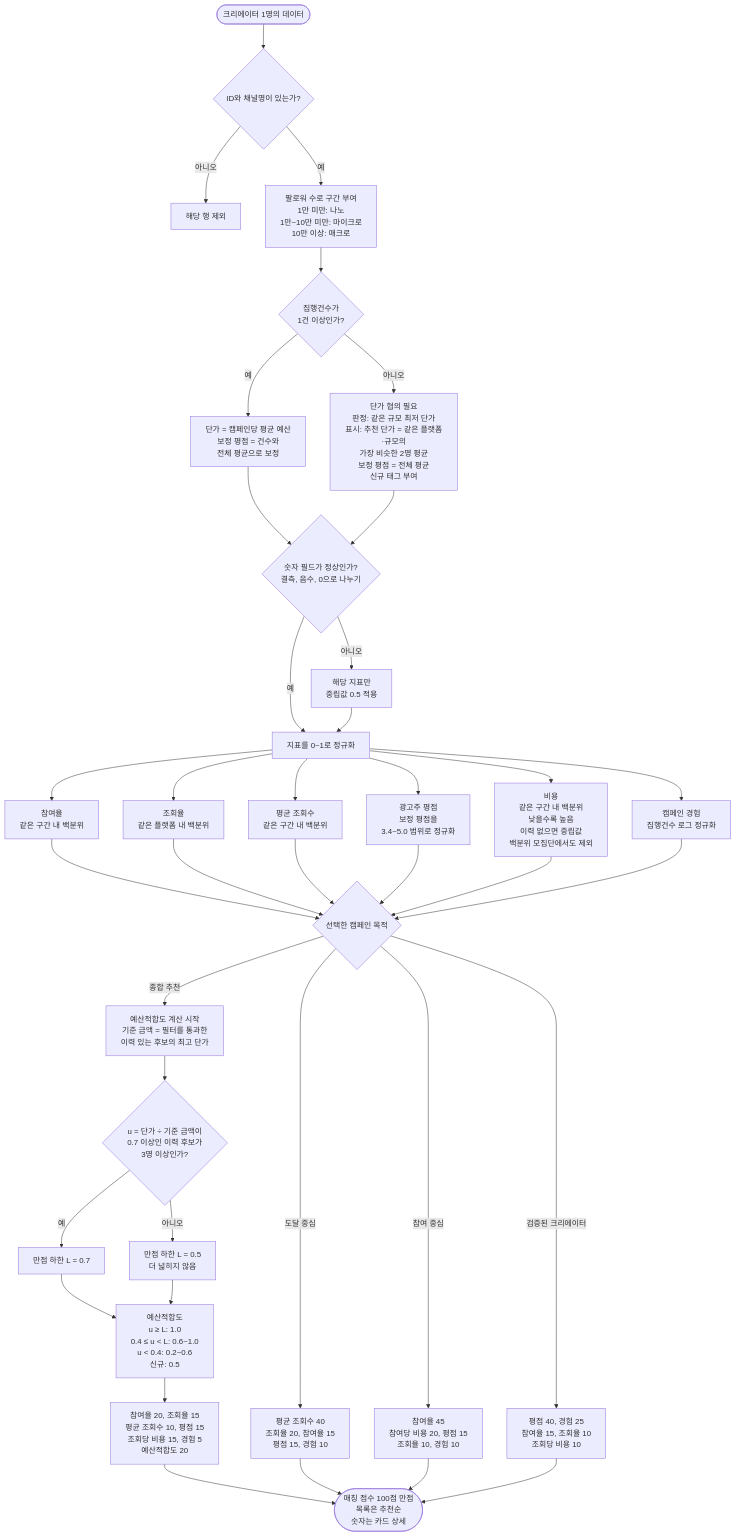
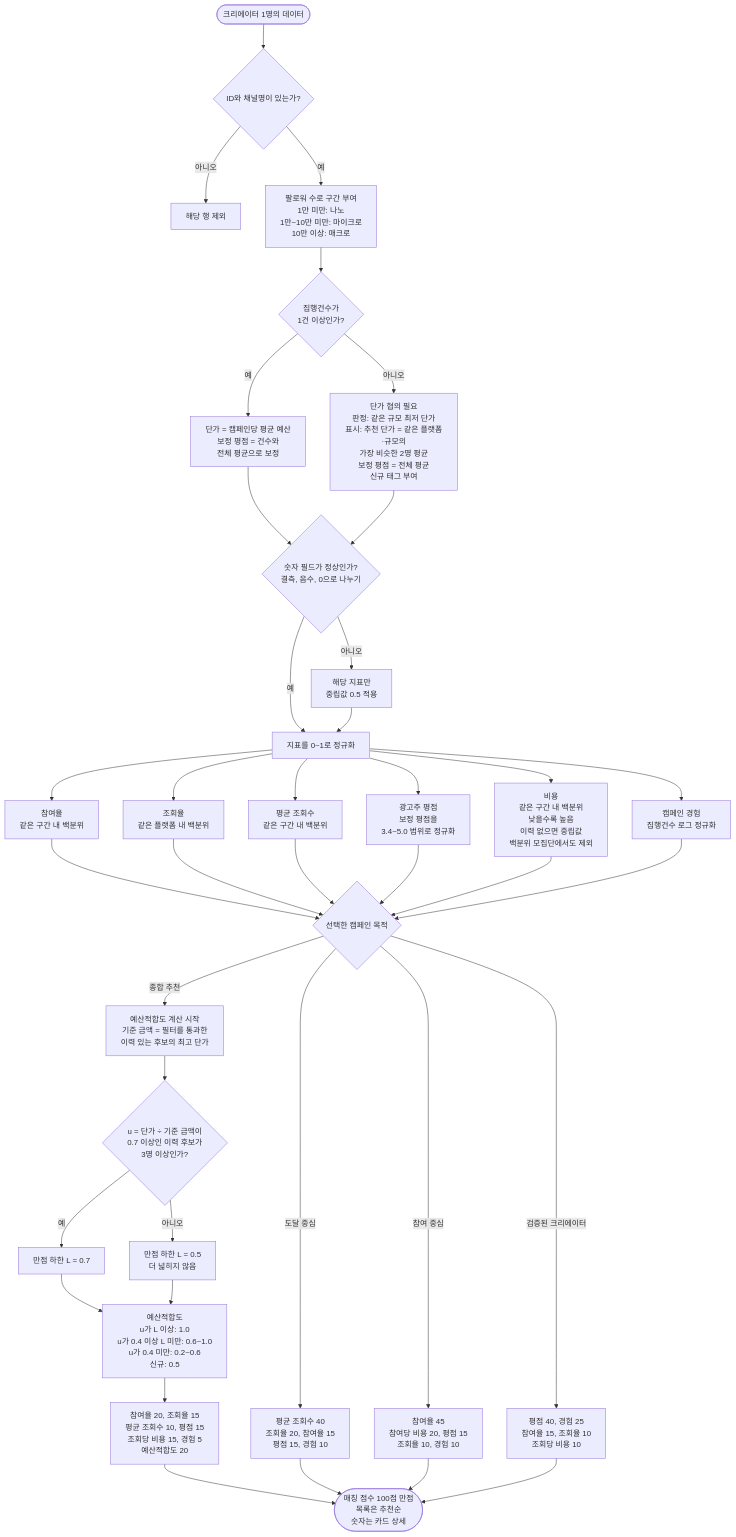
One commit to kimyyyjiii-jpg/creator-matching-prototype changed the second of 3 diagrams in flowchart.md. Above: the diagram before and after it, drawn with Mermaid. The commit also changed 6 other files, not shown here.

````diff
--- a/flowchart.md
+++ b/flowchart.md
@@ -64,47 +64,47 @@
 ```mermaid
 flowchart TD
     ROW([크리에이터 1명의 데이터]) --> IDCHK{ID와 채널명이 있는가?}
     IDCHK -- 아니오 --> DROP[해당 행 제외]
     IDCHK -- 예 --> TIER[팔로워 수로 구간 부여<br/>1만 미만: 나노<br/>1만~10만 미만: 마이크로<br/>10만 이상: 매크로]
 
     TIER --> HIST{집행건수가<br/>1건 이상인가?}
     HIST -- 예 --> REAL[단가 = 캠페인당 평균 예산<br/>보정 평점 = 건수와<br/>전체 평균으로 보정]
     HIST -- 아니오 --> EST[단가 협의 필요<br/>판정: 같은 규모 최저 단가<br/>표시: 추천 단가 = 같은 플랫폼·규모의<br/>가장 비슷한 2명 평균<br/>보정 평점 = 전체 평균<br/>신규 태그 부여]
 
     REAL --> NUMCHK{숫자 필드가 정상인가?<br/>결측, 음수, 0으로 나누기}
     EST --> NUMCHK
     NUMCHK -- 아니오 --> NEUTRAL[해당 지표만<br/>중립값 0.5 적용]
     NUMCHK -- 예 --> NORM
     NEUTRAL --> NORM
 
     NORM[지표를 0~1로 정규화] --> N1[참여율<br/>같은 구간 내 백분위]
     NORM --> N2[조회율<br/>같은 플랫폼 내 백분위]
     NORM --> N3[평균 조회수<br/>같은 구간 내 백분위]
     NORM --> N4[광고주 평점<br/>보정 평점을<br/>3.4~5.0 범위로 정규화]
     NORM --> N5[비용<br/>같은 구간 내 백분위<br/>낮을수록 높음<br/>이력 없으면 중립값<br/>백분위 모집단에서도 제외]
     NORM --> N6[캠페인 경험<br/>집행건수 로그 정규화]
 
     N1 --> PRESET{선택한 캠페인 목적}
     N2 --> PRESET
     N3 --> PRESET
     N4 --> PRESET
     N5 --> PRESET
     N6 --> PRESET
 
     PRESET -- 종합 추천 --> BASE[예산적합도 계산 시작<br/>기준 금액 = 필터를 통과한<br/>이력 있는 후보의 최고 단가]
     BASE --> LCHK{u = 단가 ÷ 기준 금액이<br/>0.7 이상인 이력 후보가<br/>3명 이상인가?}
     LCHK -- 예 --> L7[만점 하한 L = 0.7]
     LCHK -- 아니오 --> L5[만점 하한 L = 0.5<br/>더 넓히지 않음]
     L7 --> FIT
     L5 --> FIT
-    FIT[예산적합도<br/>u ≥ L: 1.0<br/>0.4 ≤ u < L: 0.6~1.0<br/>u < 0.4: 0.2~0.6<br/>신규: 0.5]
+    FIT[예산적합도<br/>u가 L 이상: 1.0<br/>u가 0.4 이상 L 미만: 0.6~1.0<br/>u가 0.4 미만: 0.2~0.6<br/>신규: 0.5]
     FIT --> W1[참여율 20, 조회율 15<br/>평균 조회수 10, 평점 15<br/>조회당 비용 15, 경험 5<br/>예산적합도 20]
     PRESET -- 도달 중심 --> W2[평균 조회수 40<br/>조회율 20, 참여율 15<br/>평점 15, 경험 10]
     PRESET -- 참여 중심 --> W3[참여율 45<br/>참여당 비용 20, 평점 15<br/>조회율 10, 경험 10]
     PRESET -- 검증된 크리에이터 --> W4[평점 40, 경험 25<br/>참여율 15, 조회율 10<br/>조회당 비용 10]
 
     W1 --> TOTAL([매칭 점수 100점 만점<br/>목록은 추천순<br/>숫자는 카드 상세])
     W2 --> TOTAL
     W3 --> TOTAL
     W4 --> TOTAL
 ```
````
